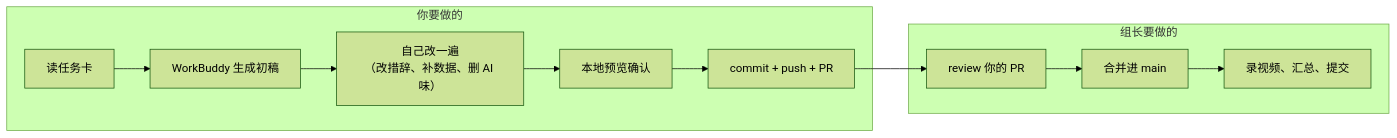
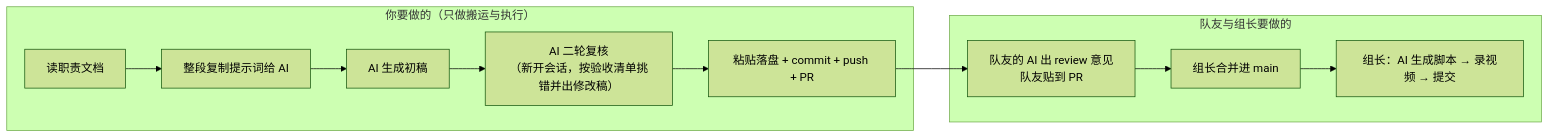
Before and after one commit to NULLFALSE-tech/Algorithm-graph: the second of 2 diagrams in docs/组员手册_00_总览与流程图.md, drawn with Mermaid (forest theme). The commit also changed other lines of this file and 6 other files, not shown here.

````diff
--- a/docs/组员手册_00_总览与流程图.md
+++ b/docs/组员手册_00_总览与流程图.md
@@ -172,14 +179,14 @@
 ```mermaid
 flowchart LR
-    subgraph S1["你要做的"]
-        A1["读任务卡"] --> A2["WorkBuddy 生成初稿"]
-        A2 --> A3["自己改一遍<br/>（改措辞、补数据、删 AI 味）"]
-        A3 --> A4["本地预览确认"]
-        A4 --> A5["commit + push + PR"]
+    subgraph S1["你要做的（只做搬运与执行）"]
+        A1["读职责文档"] --> A2["整段复制提示词给 AI"]
+        A2 --> A3["AI 生成初稿"]
+        A3 --> A4["AI 二轮复核<br/>（新开会话，按验收清单挑错并出修改稿）"]
+        A4 --> A5["粘贴落盘 + commit + push + PR"]
     end
-    subgraph S2["组长要做的"]
-        B1["review 你的 PR"] --> B2["合并进 main"]
-        B2 --> B3["录视频、汇总、提交"]
+    subgraph S2["队友与组长要做的"]
+        B1["队友的 AI 出 review 意见<br/>队友贴到 PR"] --> B2["组长合并进 main"]
+        B2 --> B3["组长：AI 生成脚本 → 录视频 → 提交"]
     end
     A5 --> B1
 ```
````
